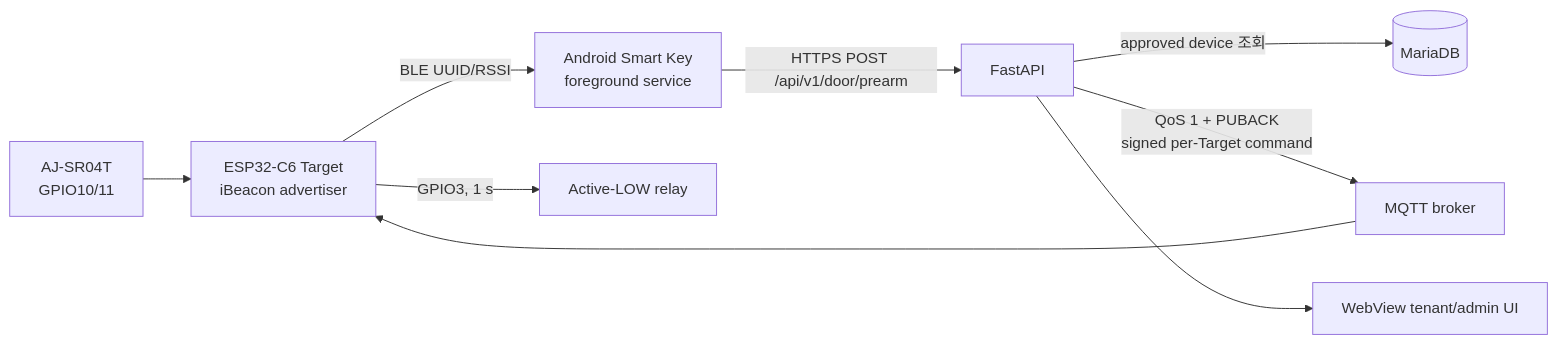
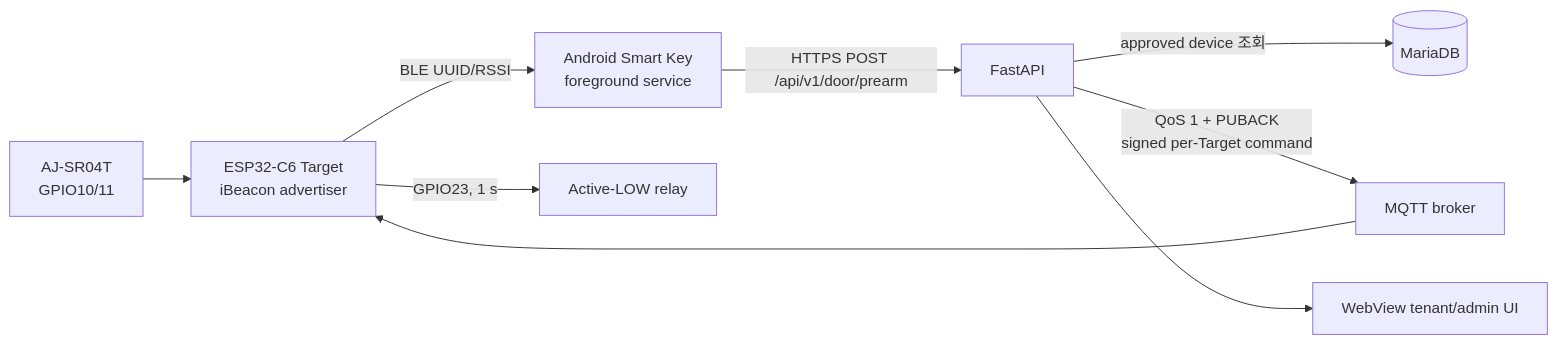
Before and after one commit to ks-house/smart-gatekeeper: the first of 2 diagrams in wiki/architecture.md, drawn with Mermaid. The commit also changed other lines of this file and 34 other files, not shown here.

Commit message:
fix(target): restore relay to GPIO23

````diff
--- a/wiki/architecture.md
+++ b/wiki/architecture.md
@@ -10,11 +10,11 @@
 ```mermaid
 flowchart LR
   T[ESP32-C6 Target\niBeacon advertiser] -->|BLE UUID/RSSI| A[Android Smart Key\nforeground service]
   A -->|HTTPS POST /api/v1/door/prearm| B[FastAPI]
   B -->|approved device 조회| D[(MariaDB)]
   B -->|QoS 1 + PUBACK\nsigned per-Target command| M[MQTT broker]
   M --> T
   S[AJ-SR04T\nGPIO10/11] --> T
-  T -->|GPIO3, 1 s| R[Active-LOW relay]
+  T -->|GPIO23, 1 s| R[Active-LOW relay]
   B --> W[WebView tenant/admin UI]
 ```
````
